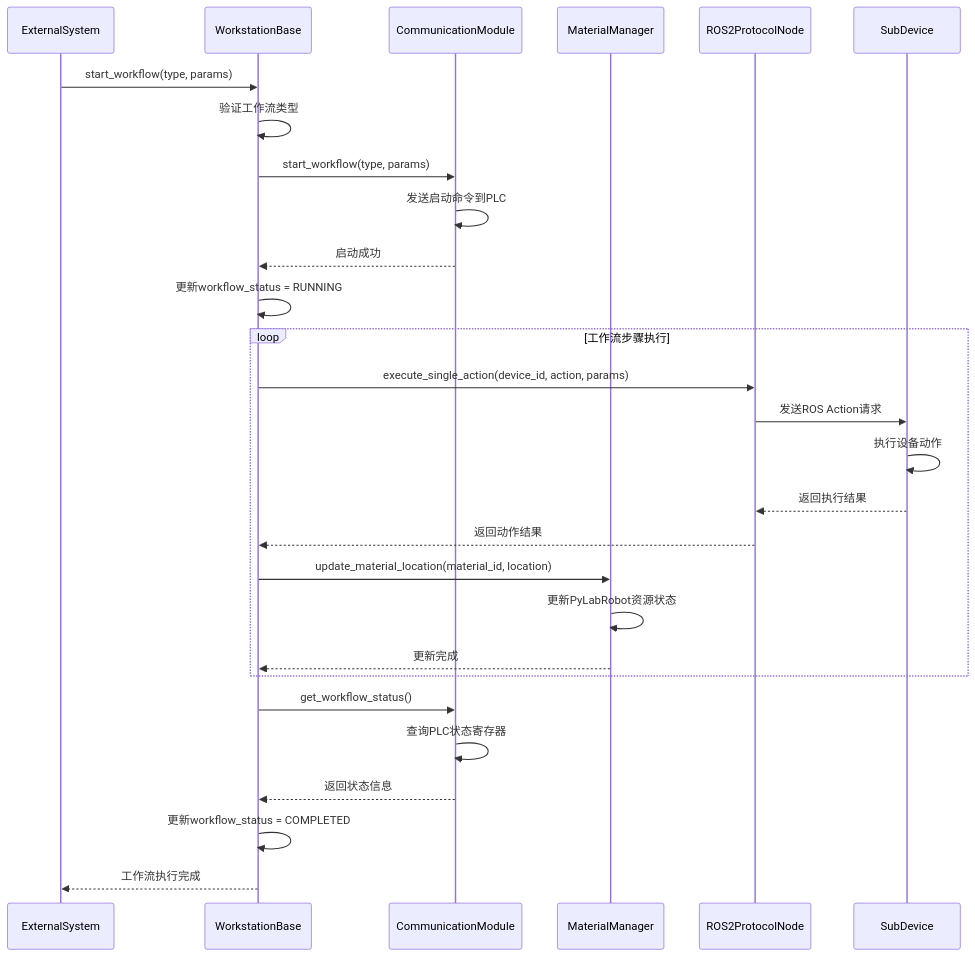
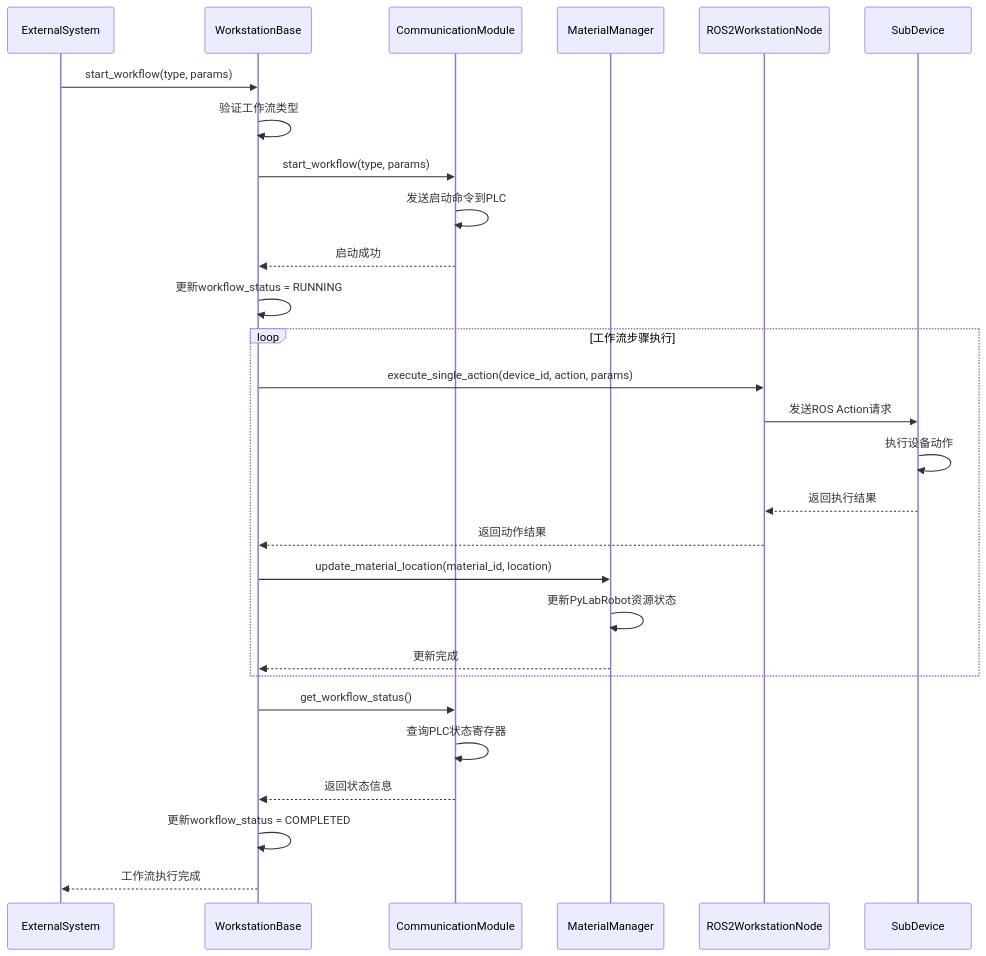
One commit to lixinyu1011/Uni-Lab-OS changed the fourth of 6 diagrams in docs/developer_guide/workstation_architecture.md. Above: the diagram before and after it, drawn with Mermaid. The commit also changed other lines of this file and 18 other files, not shown here.

Commit message:
refactor: ProtocolNode→WorkstationNode

````diff
--- a/docs/developer_guide/workstation_architecture.md
+++ b/docs/developer_guide/workstation_architecture.md
@@ -188,36 +188,36 @@
 ```mermaid
 sequenceDiagram
     participant EXT as ExternalSystem
     participant WS as WorkstationBase
     participant COMM as CommunicationModule
     participant MAT as MaterialManager
-    participant ROS as ROS2ProtocolNode
+    participant ROS as ROS2WorkstationNode
     participant DEV as SubDevice
     
     EXT->>WS: start_workflow(type, params)
     WS->>WS: 验证工作流类型
     WS->>COMM: start_workflow(type, params)
     COMM->>COMM: 发送启动命令到PLC
     COMM-->>WS: 启动成功
     
     WS->>WS: 更新workflow_status = RUNNING
     
     loop 工作流步骤执行
         WS->>ROS: execute_single_action(device_id, action, params)
         ROS->>DEV: 发送ROS Action请求
         DEV->>DEV: 执行设备动作
         DEV-->>ROS: 返回执行结果
         ROS-->>WS: 返回动作结果
         
         WS->>MAT: update_material_location(material_id, location)
         MAT->>MAT: 更新PyLabRobot资源状态
         MAT-->>WS: 更新完成
     end
     
     WS->>COMM: get_workflow_status()
     COMM->>COMM: 查询PLC状态寄存器
     COMM-->>WS: 返回状态信息
     
     WS->>WS: 更新workflow_status = COMPLETED
     WS-->>EXT: 工作流执行完成
 ```
````
